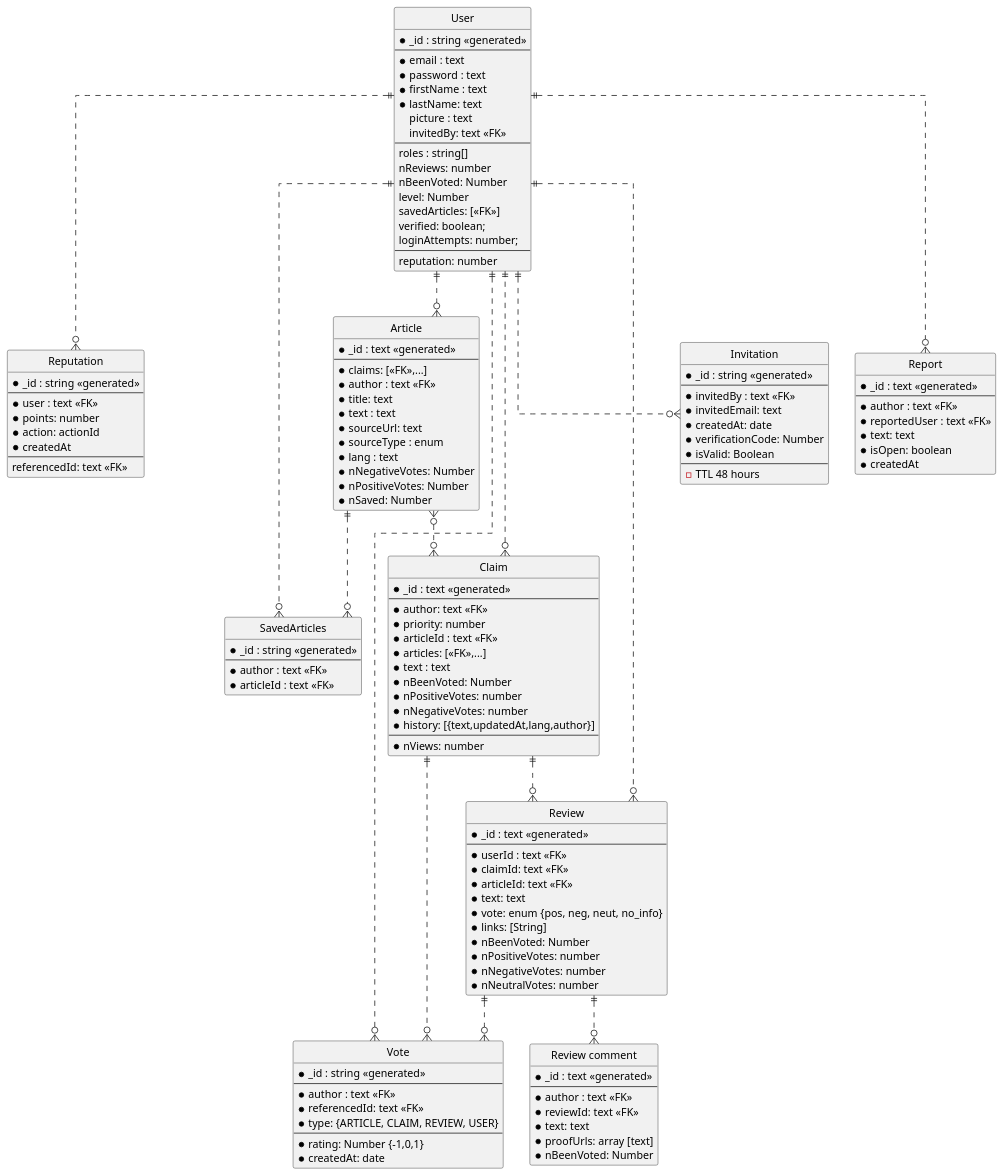
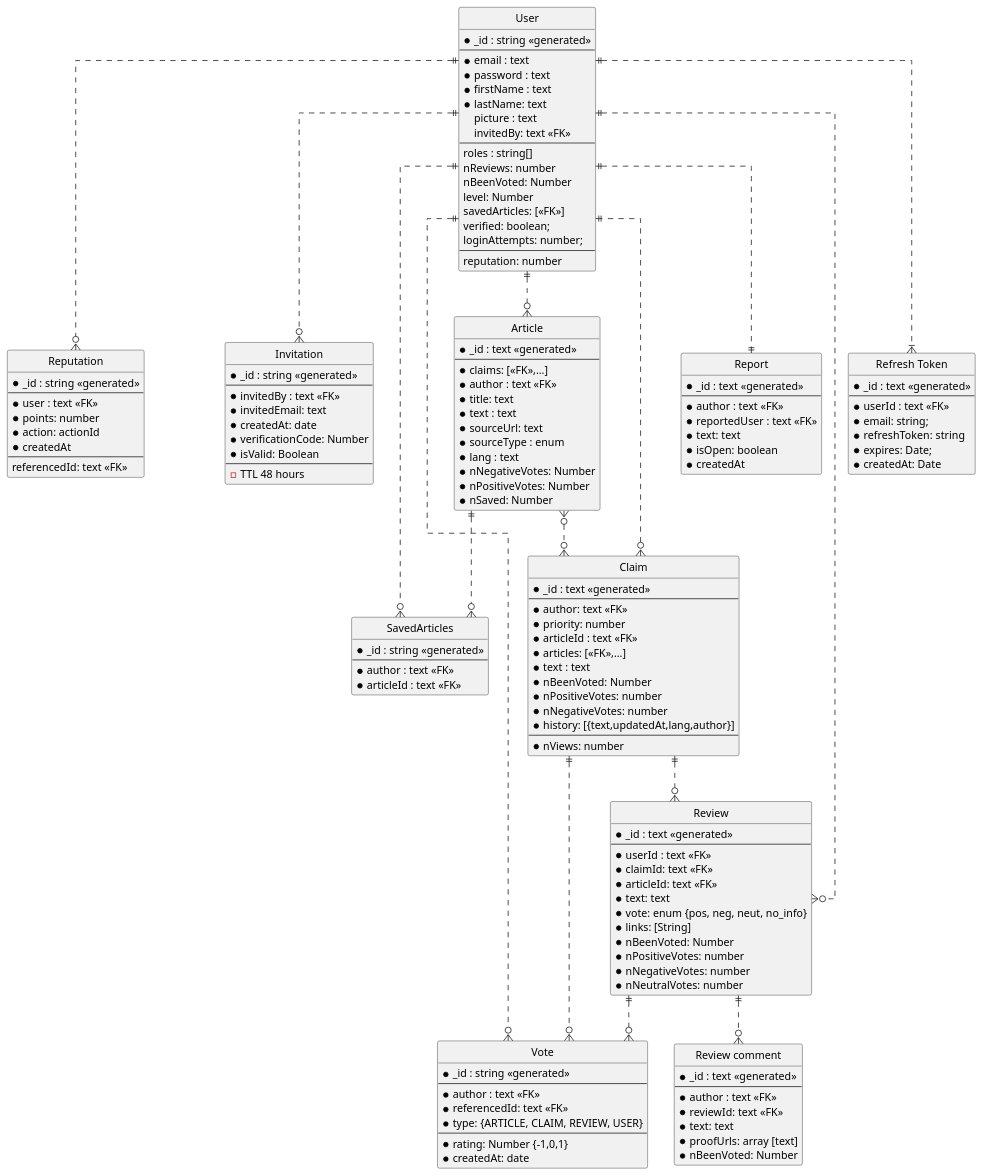
The diagram in uml_docs/entity_relations.puml (aic-factcheck/fact_check_api), drawn with PlantUML before and after one commit. The commit also changed 2 other files, not shown here.

Commit message:
updated uml

```diff
--- a/uml_docs/entity_relations.puml
+++ b/uml_docs/entity_relations.puml
@@ -1,153 +1,164 @@
 @startuml Entity relations
 ' hide the spot
 hide circle
 
 ' avoid problems with angled crows feet
 skinparam linetype ortho
 
 entity "User" as user {
   *_id : string <<generated>>
   --
   *email : text
   *password : text
   *firstName : text
   *lastName: text
   picture : text
   invitedBy: text <<FK>>
   --
   roles : string[]
   nReviews: number
   nBeenVoted: Number
   level: Number
   savedArticles: [<<FK>>]
   verified: boolean;
   loginAttempts: number;
   --
   reputation: number
 }
 
 entity "Reputation" as rep {
   *_id : string <<generated>>
   --
   *user : text <<FK>>
   *points: number
   *action: actionId
   *createdAt
   --
   referencedId: text <<FK>>
 }
 
 entity "SavedArticles" as saved {
   *_id : string <<generated>>
   --
   *author : text <<FK>>
   *articleId : text <<FK>>
 }
 
 entity "Invitation" as inv {
   *_id : string <<generated>>
   --
   *invitedBy : text <<FK>>
   *invitedEmail: text
   *createdAt: date
   *verificationCode: Number
   *isValid: Boolean
   --
   - TTL 48 hours
 }
 
 entity "Vote" as vote {
   *_id : string <<generated>>
   --
   *author : text <<FK>>
   *referencedId: text <<FK>>
   *type: {ARTICLE, CLAIM, REVIEW, USER}
   --
   ' *text: Text
   *rating: Number {-1,0,1}
   *createdAt: date
 }
 
 entity "Article" as article {
   *_id : text <<generated>>
   --
   *claims: [<<FK>>,...]
   *author : text <<FK>>
   *title: text
   *text : text
   *sourceUrl: text
   *sourceType : enum
   *lang : text
   *nNegativeVotes: Number
   *nPositiveVotes: Number
   *nSaved: Number
 }
 
 entity "Claim" as claim {
   *_id : text <<generated>>
   --
   *author: text <<FK>>
   *priority: number
   *articleId : text <<FK>>
   *articles: [<<FK>>,...]
   *text : text
   *nBeenVoted: Number
   *nPositiveVotes: number
   *nNegativeVotes: number
   *history: [{text,updatedAt,lang,author}]
   --
   *nViews: number
 }
 
 entity "Review" as review {
   *_id : text <<generated>>
   --
   *userId : text <<FK>>
   *claimId: text <<FK>>
   *articleId: text <<FK>>
   *text: text
   *vote: enum {pos, neg, neut, no_info}
   *links: [String]
   *nBeenVoted: Number
   *nPositiveVotes: number
   *nNegativeVotes: number
   *nNeutralVotes: number
 }
 
 entity "Review comment" as reviewComment {
   *_id : text <<generated>>
   --
   *author : text <<FK>>
   *reviewId: text <<FK>>
   *text: text
   *proofUrls: array [text] 
   *nBeenVoted: Number
 }
 
 entity "Report" as report {
   *_id : text <<generated>>
   --
   *author : text <<FK>>
   *reportedUser : text <<FK>>
   *text: text
   *isOpen: boolean
   *createdAt
 }
 
+entity "Refresh Token" as refresh {
+  *_id : text <<generated>>
+  --
+  *userId : text <<FK>>
+  *email: string;
+  *refreshToken: string
+  *expires: Date;
+  *createdAt: Date
+}
+
 user ||..o{ article
 user ||..o{ inv
 user ||..o{ saved
 user ||..o{ vote
 user ||..o{ rep
-user ||..o{ report
+user ||..|| report
+user ||..|{ refresh
 article }o..o{ claim
 article ||..o{ saved
 ' article ||..o{ vote
 user ||..o{ review
 ' user ||..o{ vote
 claim ||..o{ review
 claim }o..|| user
 claim ||..o{ vote
 review ||..o{ reviewComment
 review ||..o{ vote
 @enduml
```
